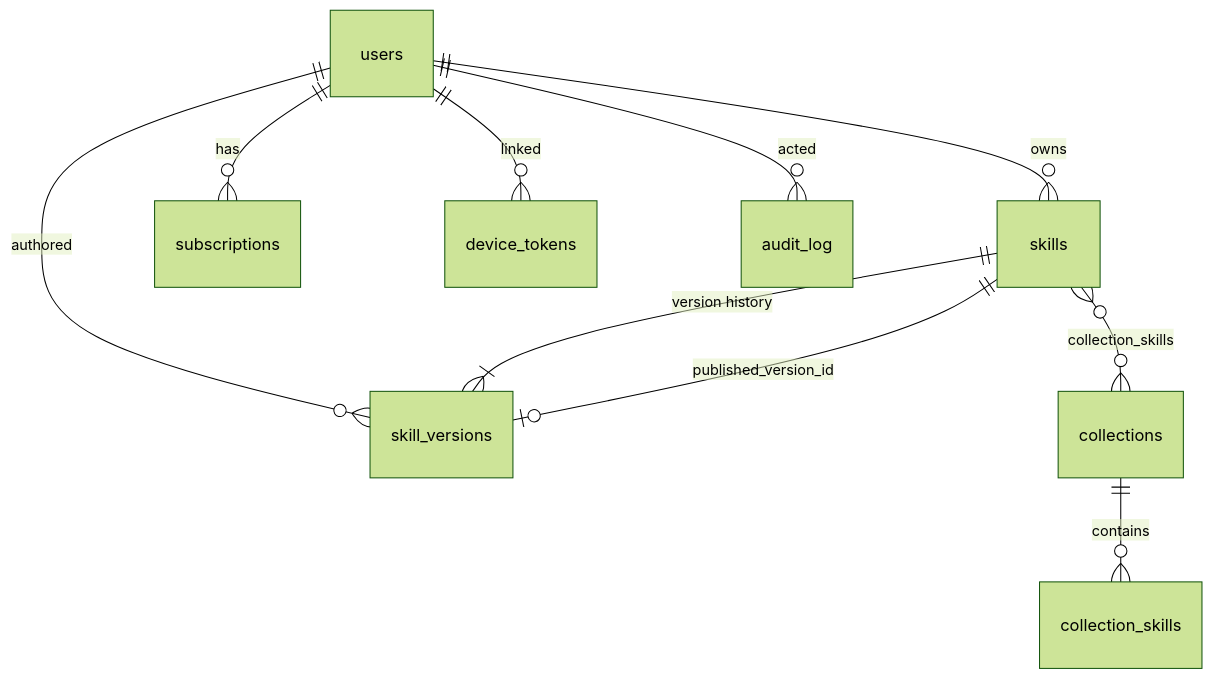
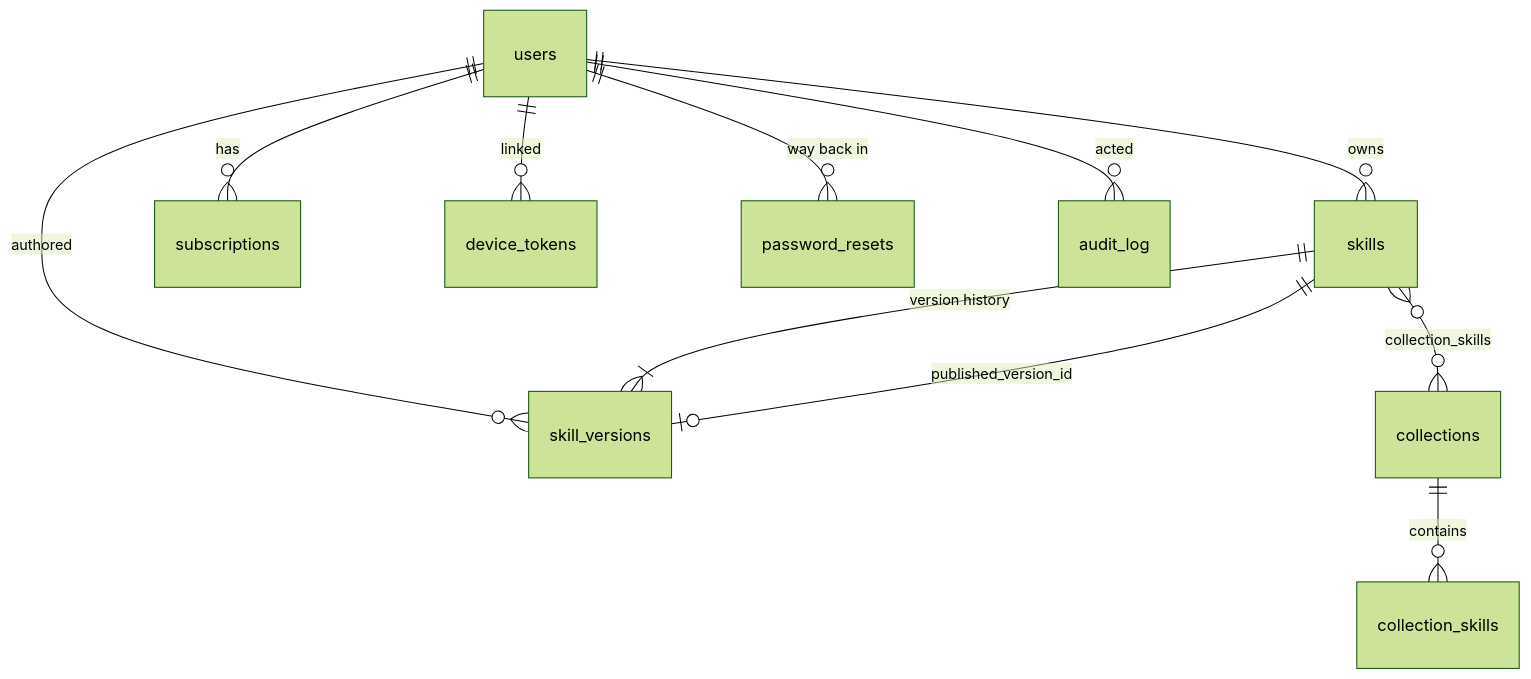
Before and after one commit to ydbondt/shkills: the diagram in docs/data-model.md, drawn with Mermaid (forest theme). The commit also changed other lines of this file and 6 other files, not shown here.

````diff
--- a/docs/data-model.md
+++ b/docs/data-model.md
@@ -21,12 +21,13 @@
 ```mermaid
 erDiagram
   users ||--o{ skills : owns
   users ||--o{ skill_versions : authored
   users ||--o{ subscriptions : has
   users ||--o{ device_tokens : linked
+  users ||--o{ password_resets : "way back in"
   users ||--o{ audit_log : acted
   skills ||--|{ skill_versions : "version history"
   skills ||--o| skill_versions : "published_version_id"
   skills }o--o{ collections : collection_skills
   collections ||--o{ collection_skills : contains
 ```
````
